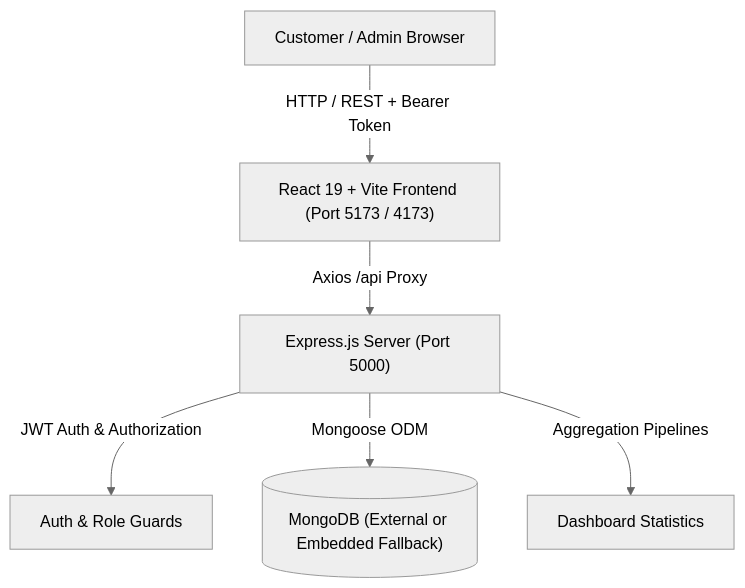
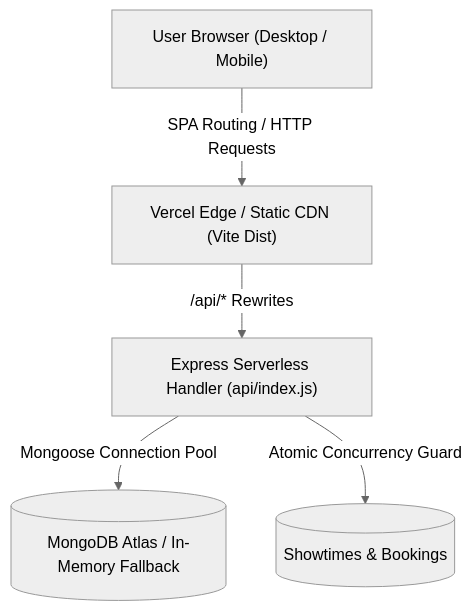
One commit to YaMa04062005/I-Movies changed the first of 2 diagrams in README.md. Above: the diagram before and after it, drawn with Mermaid (neutral theme). The commit also changed other lines of this file and 36 other files, not shown here.

Commit message:
feat: complete IMovies cinema booking platform with BookMyShow features, zero-auth workflow, and Vercel hosting setup

````diff
--- a/README.md
+++ b/README.md
@@ -9,8 +36,7 @@
 ```mermaid
 graph TD
-    User["Customer / Admin Browser"] -->|HTTP / REST + Bearer Token| Frontend["React 19 + Vite Frontend (Port 5173 / 4173)"]
-    Frontend -->|Axios /api Proxy| Backend["Express.js Server (Port 5000)"]
-    Backend -->|JWT Auth & Authorization| Middleware["Auth & Role Guards"]
-    Backend -->|Mongoose ODM| DB[("MongoDB (External or Embedded Fallback)")]
-    Backend -->|Aggregation Pipelines| Analytics["Dashboard Statistics"]
+    Client["User Browser (Desktop / Mobile)"] -->|SPA Routing / HTTP Requests| VercelEdge["Vercel Edge / Static CDN (Vite Dist)"]
+    VercelEdge -->|/api/* Rewrites| ServerlessAPI["Express Serverless Handler (api/index.js)"]
+    ServerlessAPI -->|Mongoose Connection Pool| MongoAtlas[("MongoDB Atlas / In-Memory Fallback")]
+    ServerlessAPI -->|Atomic Concurrency Guard| ShowtimeCollection[("Showtimes & Bookings")]
 ```
````
